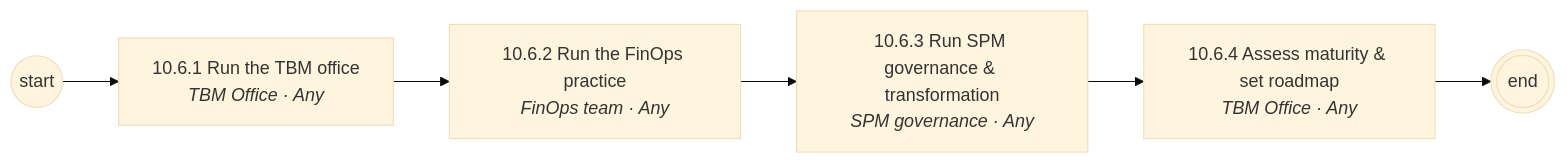
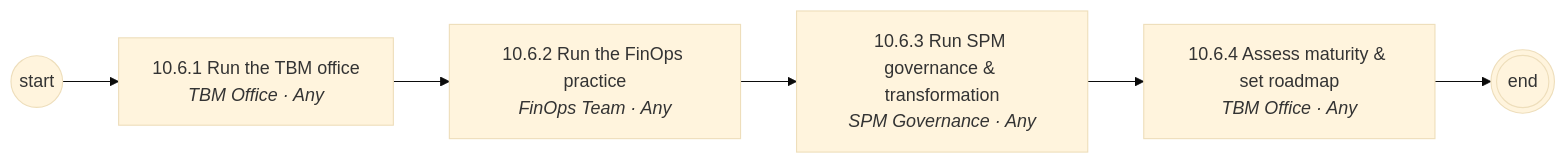
The seventh of 8 diagrams in diagrams/mermaid/area-10.md (corbyjames/apptio-process-catalog), drawn with Mermaid (base theme) before and after one commit. The commit also changed other lines of this file and 251 other files, not shown here.

````diff
--- a/diagrams/mermaid/area-10.md
+++ b/diagrams/mermaid/area-10.md
@@ -93,13 +95,13 @@
 ```mermaid
 flowchart LR
   S((start))
   N10_6_1["10.6.1 Run the TBM office<br/><i>TBM Office · Any</i>"]
   S --> N10_6_1
-  N10_6_2["10.6.2 Run the FinOps practice<br/><i>FinOps team · Any</i>"]
+  N10_6_2["10.6.2 Run the FinOps practice<br/><i>FinOps Team · Any</i>"]
   N10_6_1 --> N10_6_2
-  N10_6_3["10.6.3 Run SPM governance & transformation<br/><i>SPM governance · Any</i>"]
+  N10_6_3["10.6.3 Run SPM governance & transformation<br/><i>SPM Governance · Any</i>"]
   N10_6_2 --> N10_6_3
   N10_6_4["10.6.4 Assess maturity & set roadmap<br/><i>TBM Office · Any</i>"]
   N10_6_3 --> N10_6_4
   N10_6_4 --> E(((end)))
 ```
````
